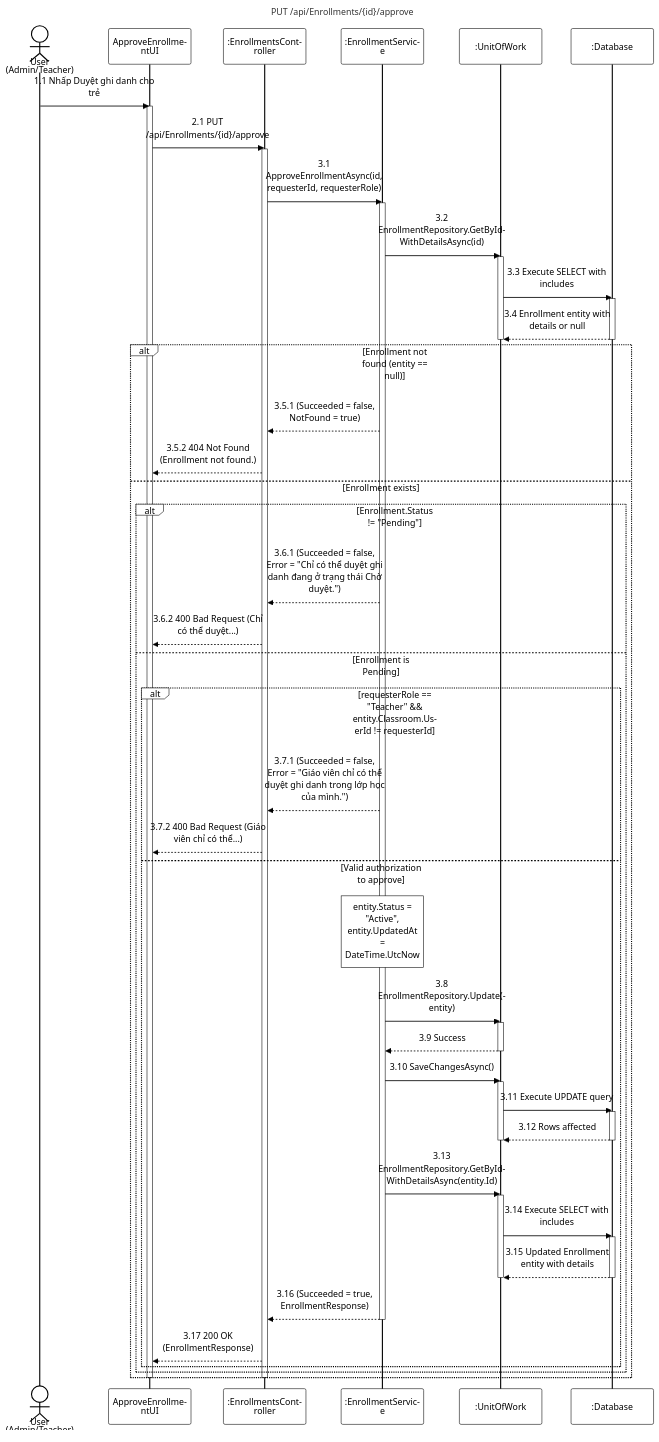
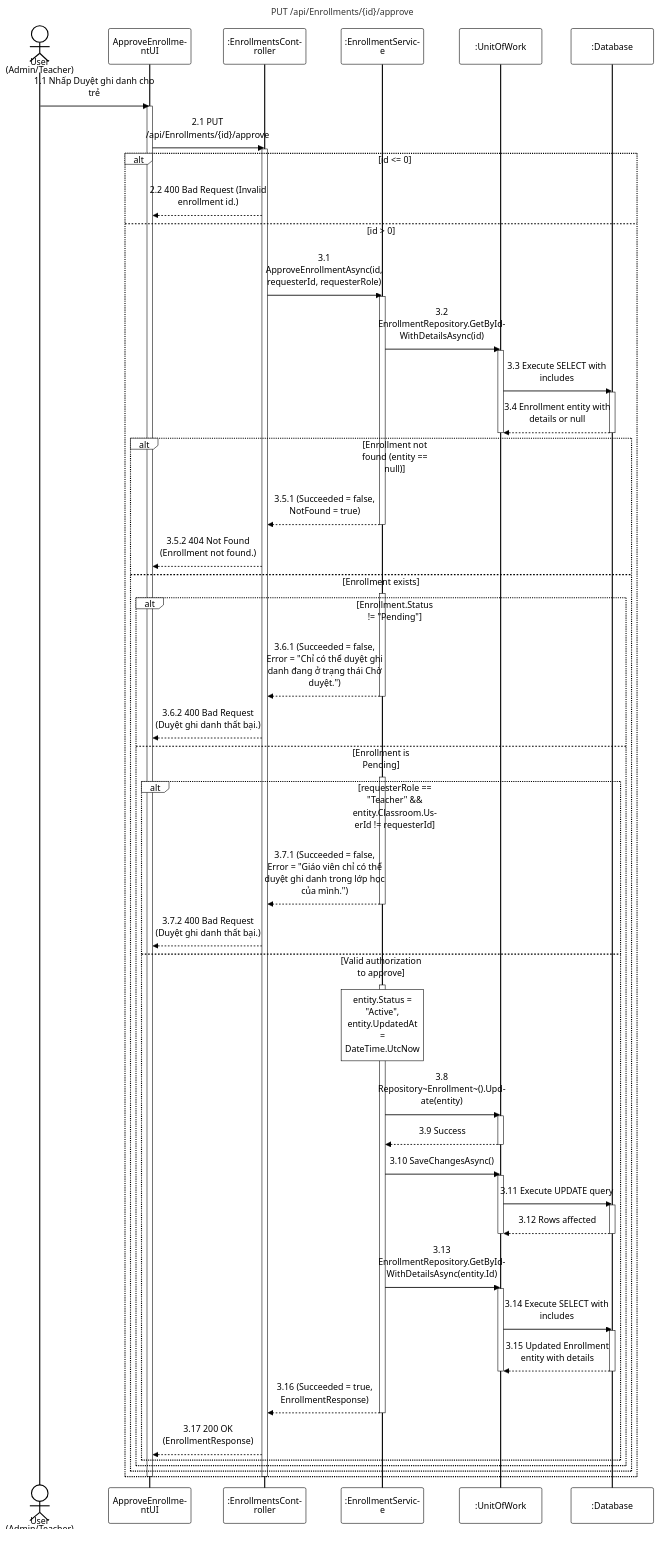
Before and after one commit to PhucAnDev/docx-diagram: the diagram in 06-child-profile-enrollment/sequence-diagram/apis/approve-enrollment.mmd, drawn with Mermaid. The commit also changed 3 other files, not shown here.

Commit message:
fix: update approve-enrollment.mmd and delete-enrollment.mmd with correct repository calls, validations, error messages, and activations

```diff
--- a/06-child-profile-enrollment/sequence-diagram/apis/approve-enrollment.mmd
+++ b/06-child-profile-enrollment/sequence-diagram/apis/approve-enrollment.mmd
@@ -1,69 +1,79 @@
 %%{init: {'theme':'base', 'themeVariables': {'actorBkg':'#ffffff','actorBorder':'#000000','actorTextColor':'#000000','actorLineColor':'#000000','signalColor':'#000000','signalTextColor':'#000000','labelBoxBkgColor':'#ffffff','labelBoxBorderColor':'#000000','labelTextColor':'#000000','loopTextColor':'#000000','noteBkgColor':'#ffffff','noteBorderColor':'#000000','noteTextColor':'#000000','activationBorderColor':'#000000','activationBkgColor':'#ffffff','sequenceNumberColor':'#000000'}, 'sequence': {'width':150,'height':65,'actorFontSize':16,'messageFontSize':16,'wrap':true,'wrapPadding':10}}}%%
 sequenceDiagram
     title PUT /api/Enrollments/{id}/approve
     actor User as User (Admin/Teacher)
     participant UI as ApproveEnrollmentUI
     participant Endpoint as :EnrollmentsController
     participant Service as :EnrollmentService
     participant DB as :UnitOfWork
     participant Database as :Database
 
     User->>UI: 1.1 Nhấp Duyệt ghi danh cho trẻ
     activate UI
     UI->>Endpoint: 2.1 PUT /api/Enrollments/{id}/approve
     activate Endpoint
 
-    Endpoint->>Service: 3.1 ApproveEnrollmentAsync(id, requesterId, requesterRole)
-    activate Service
+    alt id <= 0
+        Endpoint-->>UI: 2.2 400 Bad Request (Invalid enrollment id.)
+    else id > 0
+        Endpoint->>Service: 3.1 ApproveEnrollmentAsync(id, requesterId, requesterRole)
+        activate Service
 
-    Service->>DB: 3.2 EnrollmentRepository.GetByIdWithDetailsAsync(id)
-    activate DB
-    DB->>Database: 3.3 Execute SELECT with includes
-    activate Database
-    Database-->>DB: 3.4 Enrollment entity with details or null
-    deactivate Database
-    deactivate DB
+        Service->>DB: 3.2 EnrollmentRepository.GetByIdWithDetailsAsync(id)
+        activate DB
+        DB->>Database: 3.3 Execute SELECT with includes
+        activate Database
+        Database-->>DB: 3.4 Enrollment entity with details or null
+        deactivate Database
+        deactivate DB
 
-    alt Enrollment not found (entity == null)
-        Service-->>Endpoint: 3.5.1 (Succeeded = false, NotFound = true)
-        Endpoint-->>UI: 3.5.2 404 Not Found (Enrollment not found.)
-    else Enrollment exists
-        alt Enrollment.Status != "Pending"
-            Service-->>Endpoint: 3.6.1 (Succeeded = false, Error = "Chỉ có thể duyệt ghi danh đang ở trạng thái Chờ duyệt.")
-            Endpoint-->>UI: 3.6.2 400 Bad Request (Chỉ có thể duyệt...)
-        else Enrollment is Pending
-            alt requesterRole == "Teacher" && entity.Classroom.UserId != requesterId
-                Service-->>Endpoint: 3.7.1 (Succeeded = false, Error = "Giáo viên chỉ có thể duyệt ghi danh trong lớp học của mình.")
-                Endpoint-->>UI: 3.7.2 400 Bad Request (Giáo viên chỉ có thể...)
-            else Valid authorization to approve
-                note over Service: entity.Status = "Active", entity.UpdatedAt = DateTime.UtcNow
-                
-                Service->>DB: 3.8 EnrollmentRepository.Update(entity)
-                activate DB
-                DB-->>Service: 3.9 Success
-                deactivate DB
+        alt Enrollment not found (entity == null)
+            Service-->>Endpoint: 3.5.1 (Succeeded = false, NotFound = true)
+            deactivate Service
+            Endpoint-->>UI: 3.5.2 404 Not Found (Enrollment not found.)
+        else Enrollment exists
+            activate Service
+            alt Enrollment.Status != "Pending"
+                Service-->>Endpoint: 3.6.1 (Succeeded = false, Error = "Chỉ có thể duyệt ghi danh đang ở trạng thái Chờ duyệt.")
+                deactivate Service
+                Endpoint-->>UI: 3.6.2 400 Bad Request (Duyệt ghi danh thất bại.)
+            else Enrollment is Pending
+                activate Service
+                alt requesterRole == "Teacher" && entity.Classroom.UserId != requesterId
+                    Service-->>Endpoint: 3.7.1 (Succeeded = false, Error = "Giáo viên chỉ có thể duyệt ghi danh trong lớp học của mình.")
+                    deactivate Service
+                    Endpoint-->>UI: 3.7.2 400 Bad Request (Duyệt ghi danh thất bại.)
+                else Valid authorization to approve
+                    activate Service
+                    note over Service: entity.Status = "Active", entity.UpdatedAt = DateTime.UtcNow
+                    
+                    Service->>DB: 3.8 Repository~Enrollment~().Update(entity)
+                    activate DB
+                    DB-->>Service: 3.9 Success
+                    deactivate DB
 
-                Service->>DB: 3.10 SaveChangesAsync()
-                activate DB
-                DB->>Database: 3.11 Execute UPDATE query
-                activate Database
-                Database-->>DB: 3.12 Rows affected
-                deactivate Database
-                deactivate DB
+                    Service->>DB: 3.10 SaveChangesAsync()
+                    activate DB
+                    DB->>Database: 3.11 Execute UPDATE query
+                    activate Database
+                    Database-->>DB: 3.12 Rows affected
+                    deactivate Database
+                    deactivate DB
 
-                Service->>DB: 3.13 EnrollmentRepository.GetByIdWithDetailsAsync(entity.Id)
-                activate DB
-                DB->>Database: 3.14 Execute SELECT with includes
-                activate Database
-                Database-->>DB: 3.15 Updated Enrollment entity with details
-                deactivate Database
-                deactivate DB
+                    Service->>DB: 3.13 EnrollmentRepository.GetByIdWithDetailsAsync(entity.Id)
+                    activate DB
+                    DB->>Database: 3.14 Execute SELECT with includes
+                    activate Database
+                    Database-->>DB: 3.15 Updated Enrollment entity with details
+                    deactivate Database
+                    deactivate DB
 
-                Service-->>Endpoint: 3.16 (Succeeded = true, EnrollmentResponse)
-                deactivate Service
-                Endpoint-->>UI: 3.17 200 OK (EnrollmentResponse)
+                    Service-->>Endpoint: 3.16 (Succeeded = true, EnrollmentResponse)
+                    deactivate Service
+                    Endpoint-->>UI: 3.17 200 OK (EnrollmentResponse)
+                end
             end
         end
     end
     deactivate Endpoint
     deactivate UI
```
